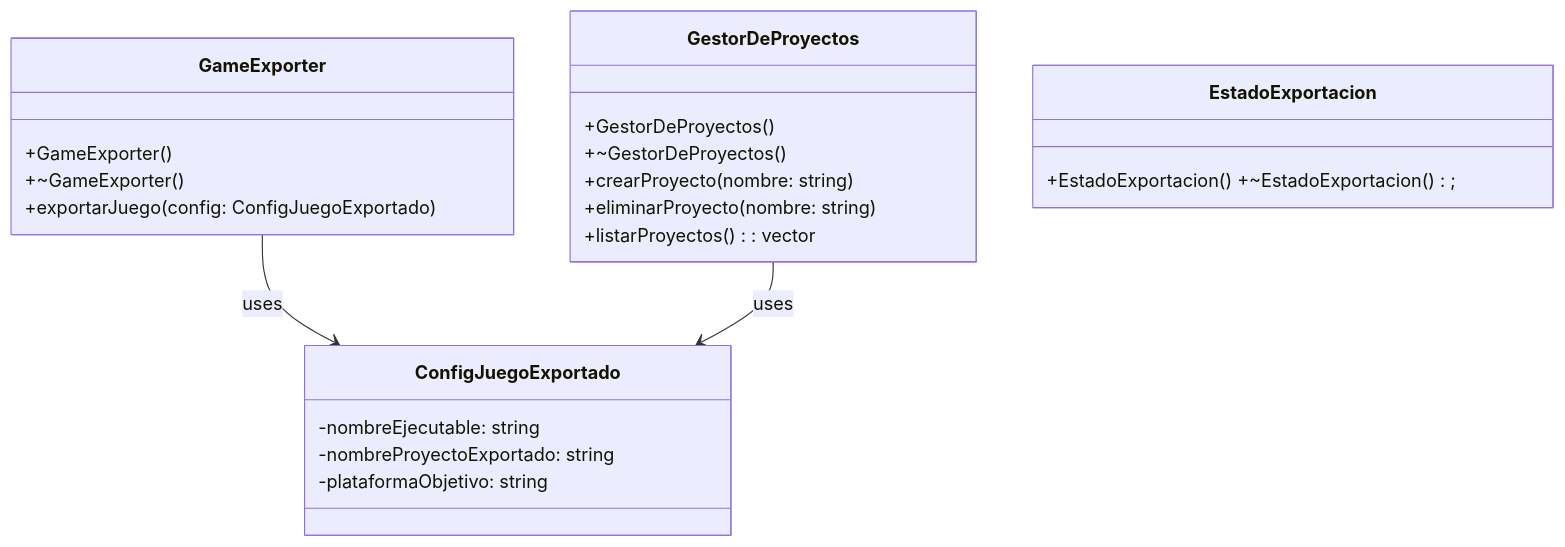
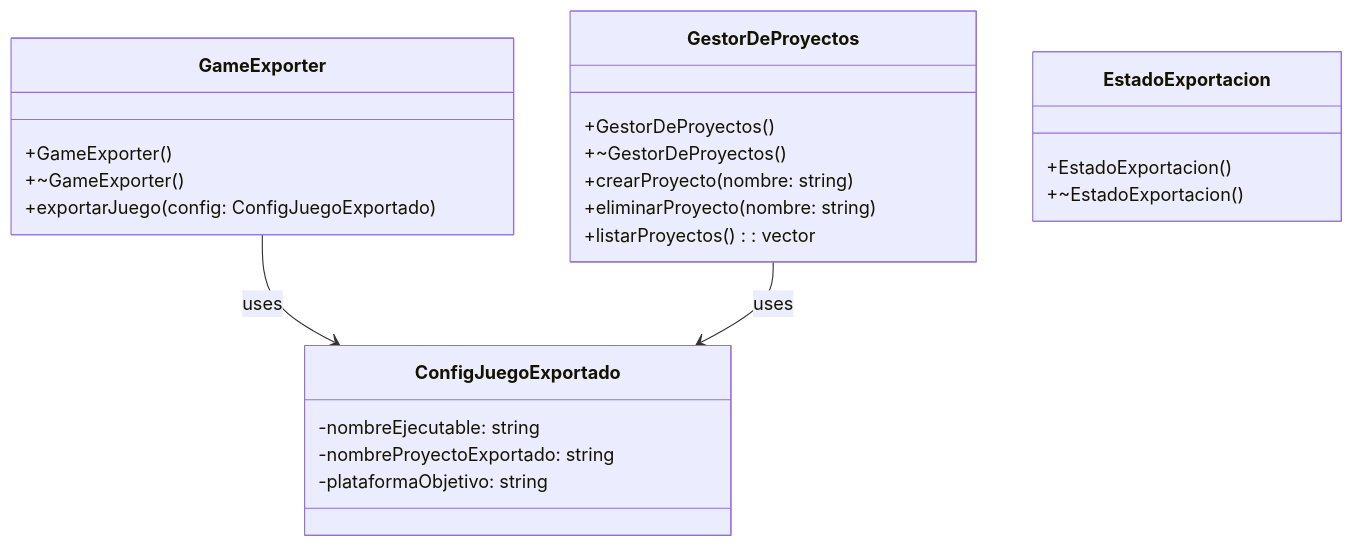
Before and after one commit to FunshiEngine/FunshiEngineOpenGL: the eighth of 9 diagrams in doc/uml/DiagramaClases.es.md, drawn with Mermaid. The commit also changed other lines of this file and 3 other files, not shown here.

First line of the commit message:
docs(uml): fix remaining mermaid parse errors and split inline members

````diff
--- a/doc/uml/DiagramaClases.es.md
+++ b/doc/uml/DiagramaClases.es.md
@@ -481,24 +533,27 @@
 ```mermaid
 classDiagram
     class GameExporter {
         +GameExporter()
         +~GameExporter()
         +exportarJuego(config: ConfigJuegoExportado)
     }
     class ConfigJuegoExportado {
         -nombreEjecutable: string
         -nombreProyectoExportado: string
         -plataformaObjetivo: string
     }
     class GestorDeProyectos {
         +GestorDeProyectos()
         +~GestorDeProyectos()
         +crearProyecto(nombre: string)
         +eliminarProyecto(nombre: string)
         +listarProyectos(): vector<string>
     }
-    class EstadoExportacion { +EstadoExportacion() +~EstadoExportacion(); }
+    class EstadoExportacion {
+        +EstadoExportacion()
+        +~EstadoExportacion()
+    }
 
     GameExporter --> ConfigJuegoExportado : uses
     GestorDeProyectos --> ConfigJuegoExportado : uses
 ```
````
